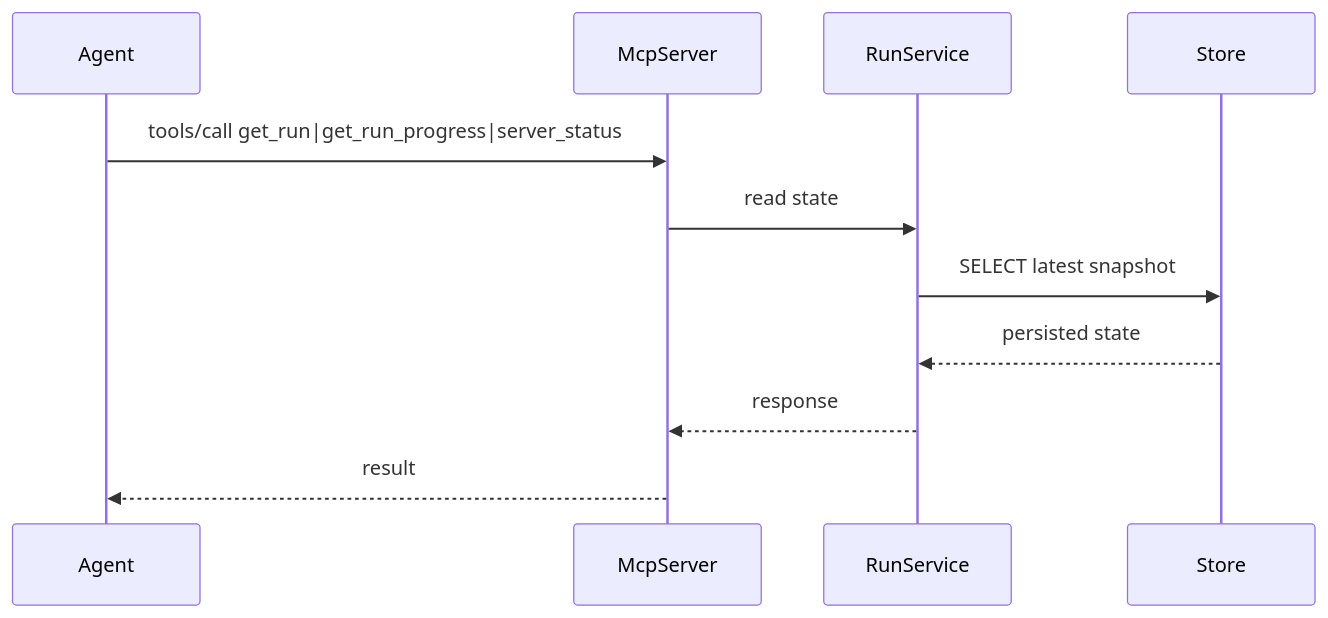
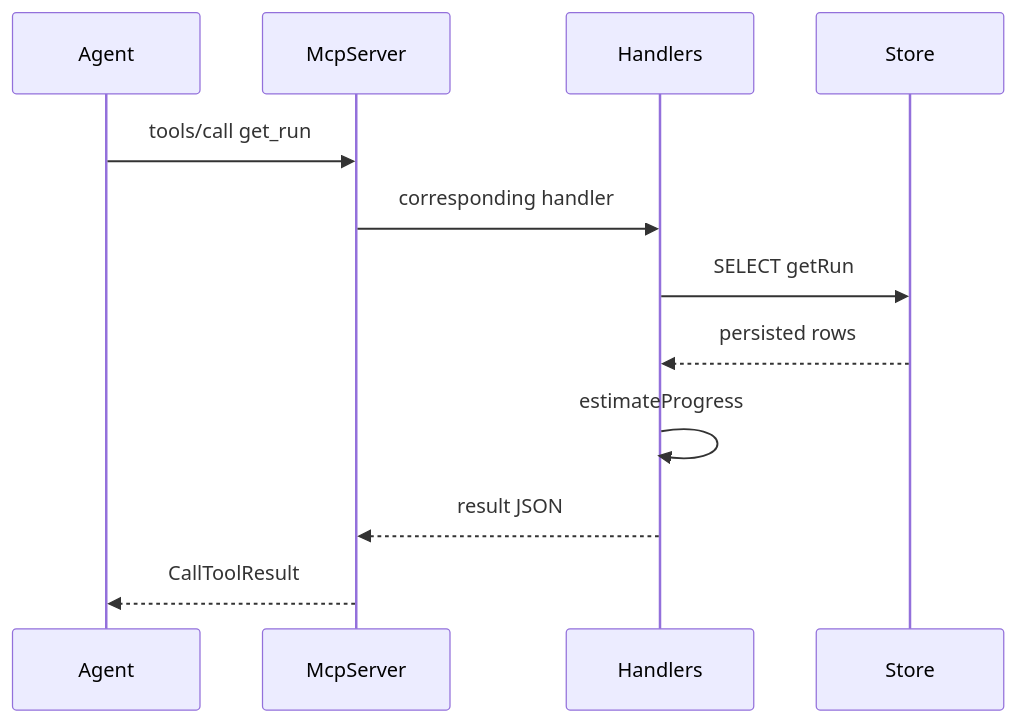
One commit to bmvanwyk/Boehm changed the fifth of 6 diagrams in docs/architecture.md. Above: the diagram before and after it, drawn with Mermaid. The commit also changed other lines of this file and 10 other files, not shown here.

First line of the commit message:
docs: rewrite architecture/README for current codebase, remove stale specs/plans

````diff
--- a/docs/architecture.md
+++ b/docs/architecture.md
@@ -153,14 +147,15 @@
 ```mermaid
 sequenceDiagram
     participant Agent
     participant McpServer
-    participant RunService
+    participant Handlers
     participant Store
 
-    Agent->>McpServer: tools/call get_run|get_run_progress|server_status
-    McpServer->>RunService: read state
-    RunService->>Store: SELECT latest snapshot
-    Store-->>RunService: persisted state
-    RunService-->>McpServer: response
-    McpServer-->>Agent: result
+    Agent->>McpServer: tools/call get_run
+    McpServer->>Handlers: corresponding handler
+    Handlers->>Store: SELECT getRun
+    Store-->>Handlers: persisted rows
+    Handlers->>Handlers: estimateProgress
+    Handlers-->>McpServer: result JSON
+    McpServer-->>Agent: CallToolResult
 ```
````
